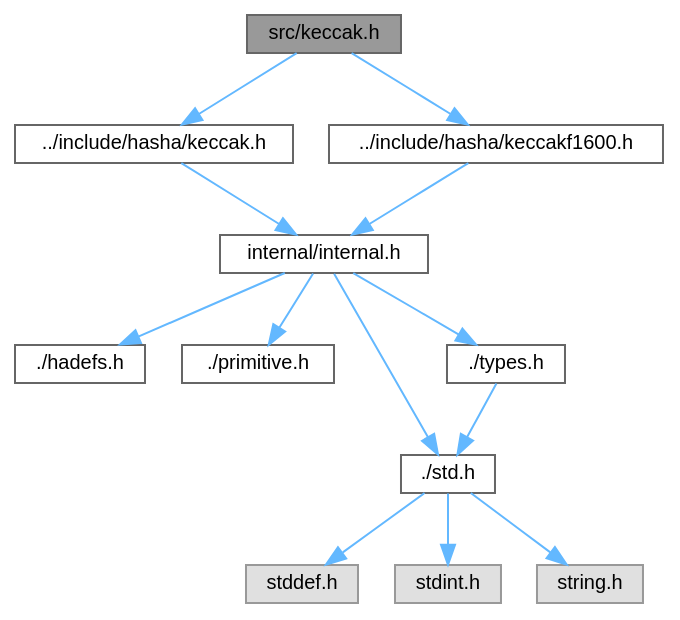
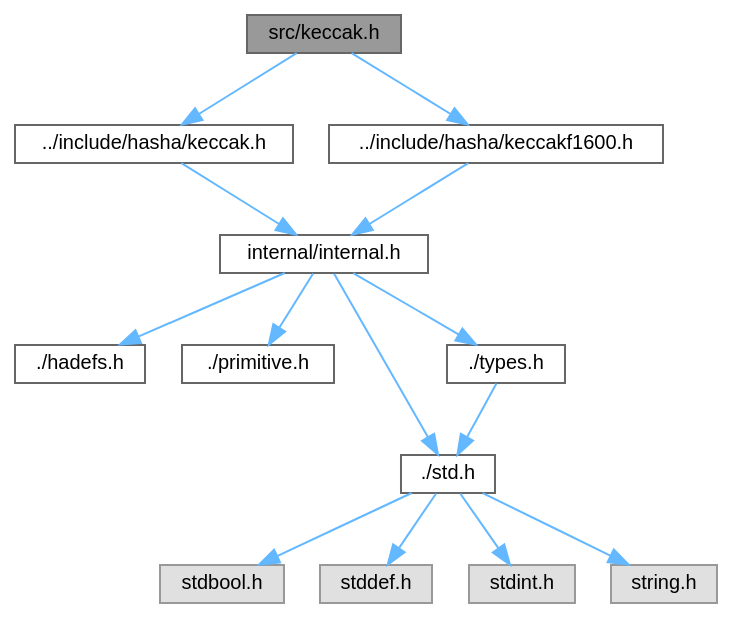
Before and after one commit to reslaid32/hasha: the diagram in docs/dd/d8c/src_2keccak_8h__incl.dot, drawn with Graphviz. The commit also changed 131 other files, not shown here.

```diff
--- a/docs/dd/d8c/src_2keccak_8h__incl.dot
+++ b/docs/dd/d8c/src_2keccak_8h__incl.dot
@@ -1,30 +1,32 @@
 digraph "src/keccak.h"
 {
  // LATEX_PDF_SIZE
   bgcolor="transparent";
   edge [fontname=Helvetica,fontsize=10,labelfontname=Helvetica,labelfontsize=10];
   node [fontname=Helvetica,fontsize=10,shape=box,height=0.2,width=0.4];
   Node1 [id="Node000001",label="src/keccak.h",height=0.2,width=0.4,color="gray40", fillcolor="grey60", style="filled", fontcolor="black",tooltip=" "];
   Node1 -> Node2 [id="edge1_Node000001_Node000002",color="steelblue1",style="solid",tooltip=" "];
   Node2 [id="Node000002",label="../include/hasha/keccak.h",height=0.2,width=0.4,color="grey40", fillcolor="white", style="filled",URL="$d8/de7/include_2hasha_2keccak_8h.html",tooltip="Header file for Keccak-based hash functions."];
   Node2 -> Node3 [id="edge2_Node000002_Node000003",color="steelblue1",style="solid",tooltip=" "];
   Node3 [id="Node000003",label="internal/internal.h",height=0.2,width=0.4,color="grey40", fillcolor="white", style="filled",URL="$db/dde/internal_8h.html",tooltip=" "];
   Node3 -> Node4 [id="edge3_Node000003_Node000004",color="steelblue1",style="solid",tooltip=" "];
   Node4 [id="Node000004",label="./hadefs.h",height=0.2,width=0.4,color="grey40", fillcolor="white", style="filled",URL="$d5/d5e/hadefs_8h.html",tooltip=" "];
   Node3 -> Node5 [id="edge4_Node000003_Node000005",color="steelblue1",style="solid",tooltip=" "];
   Node5 [id="Node000005",label="./primitive.h",height=0.2,width=0.4,color="grey40", fillcolor="white", style="filled",URL="$d1/d71/primitive_8h.html",tooltip=" "];
   Node3 -> Node6 [id="edge5_Node000003_Node000006",color="steelblue1",style="solid",tooltip=" "];
   Node6 [id="Node000006",label="./std.h",height=0.2,width=0.4,color="grey40", fillcolor="white", style="filled",URL="$d6/dc4/std_8h.html",tooltip=" "];
   Node6 -> Node7 [id="edge6_Node000006_Node000007",color="steelblue1",style="solid",tooltip=" "];
-  Node7 [id="Node000007",label="stddef.h",height=0.2,width=0.4,color="grey60", fillcolor="#E0E0E0", style="filled",tooltip=" "];
+  Node7 [id="Node000007",label="stdbool.h",height=0.2,width=0.4,color="grey60", fillcolor="#E0E0E0", style="filled",tooltip=" "];
   Node6 -> Node8 [id="edge7_Node000006_Node000008",color="steelblue1",style="solid",tooltip=" "];
-  Node8 [id="Node000008",label="stdint.h",height=0.2,width=0.4,color="grey60", fillcolor="#E0E0E0", style="filled",tooltip=" "];
+  Node8 [id="Node000008",label="stddef.h",height=0.2,width=0.4,color="grey60", fillcolor="#E0E0E0", style="filled",tooltip=" "];
   Node6 -> Node9 [id="edge8_Node000006_Node000009",color="steelblue1",style="solid",tooltip=" "];
-  Node9 [id="Node000009",label="string.h",height=0.2,width=0.4,color="grey60", fillcolor="#E0E0E0", style="filled",tooltip=" "];
-  Node3 -> Node10 [id="edge9_Node000003_Node000010",color="steelblue1",style="solid",tooltip=" "];
-  Node10 [id="Node000010",label="./types.h",height=0.2,width=0.4,color="grey40", fillcolor="white", style="filled",URL="$d9/d49/types_8h.html",tooltip=" "];
-  Node10 -> Node6 [id="edge10_Node000010_Node000006",color="steelblue1",style="solid",tooltip=" "];
-  Node1 -> Node11 [id="edge11_Node000001_Node000011",color="steelblue1",style="solid",tooltip=" "];
-  Node11 [id="Node000011",label="../include/hasha/keccakf1600.h",height=0.2,width=0.4,color="grey40", fillcolor="white", style="filled",URL="$d8/d46/keccakf1600_8h.html",tooltip=" "];
-  Node11 -> Node3 [id="edge12_Node000011_Node000003",color="steelblue1",style="solid",tooltip=" "];
+  Node9 [id="Node000009",label="stdint.h",height=0.2,width=0.4,color="grey60", fillcolor="#E0E0E0", style="filled",tooltip=" "];
+  Node6 -> Node10 [id="edge9_Node000006_Node000010",color="steelblue1",style="solid",tooltip=" "];
+  Node10 [id="Node000010",label="string.h",height=0.2,width=0.4,color="grey60", fillcolor="#E0E0E0", style="filled",tooltip=" "];
+  Node3 -> Node11 [id="edge10_Node000003_Node000011",color="steelblue1",style="solid",tooltip=" "];
+  Node11 [id="Node000011",label="./types.h",height=0.2,width=0.4,color="grey40", fillcolor="white", style="filled",URL="$d9/d49/types_8h.html",tooltip=" "];
+  Node11 -> Node6 [id="edge11_Node000011_Node000006",color="steelblue1",style="solid",tooltip=" "];
+  Node1 -> Node12 [id="edge12_Node000001_Node000012",color="steelblue1",style="solid",tooltip=" "];
+  Node12 [id="Node000012",label="../include/hasha/keccakf1600.h",height=0.2,width=0.4,color="grey40", fillcolor="white", style="filled",URL="$d8/d46/keccakf1600_8h.html",tooltip=" "];
+  Node12 -> Node3 [id="edge13_Node000012_Node000003",color="steelblue1",style="solid",tooltip=" "];
 }
```
